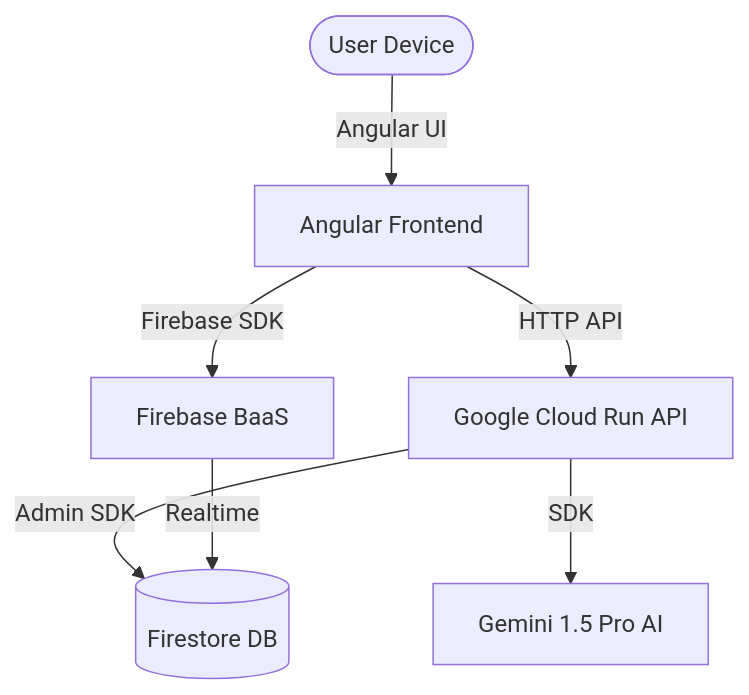
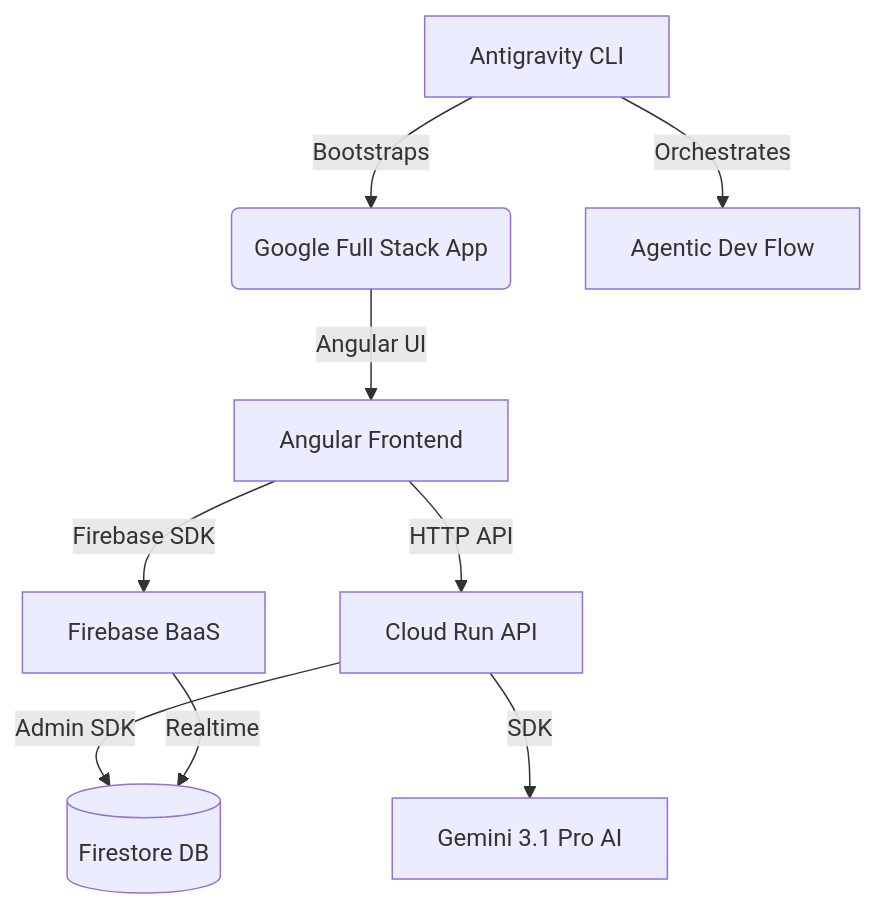
One commit to nicholasdudek/GoogleFullStack changed the diagram in README.md. Above: the diagram before and after it, drawn with Mermaid. The commit also changed other lines of this file, not shown here.

Commit message:
Enhance README to promote Antigravity CLI as the Agentic Orchestrator.

````diff
--- a/README.md
+++ b/README.md
@@ -22,9 +23,11 @@
 ```mermaid
 graph TD
-    User([User Device]) -->|Angular UI| Frontend[Angular Frontend]
+    AG[Antigravity CLI] -->|Bootstraps| App(Google Full Stack App)
+    AG -->|Orchestrates| DevFlow[Agentic Dev Flow]
+    App -->|Angular UI| Frontend[Angular Frontend]
     Frontend -->|Firebase SDK| Firebase[Firebase BaaS]
-    Frontend -->|HTTP API| CloudRun[Google Cloud Run API]
-    CloudRun -->|SDK| Gemini[Gemini 1.5 Pro AI]
+    Frontend -->|HTTP API| CloudRun[Cloud Run API]
+    CloudRun -->|SDK| Gemini[Gemini 3.1 Pro AI]
     CloudRun -->|Admin SDK| Firestore[(Firestore DB)]
     Firebase -->|Realtime| Firestore
 ```
````
